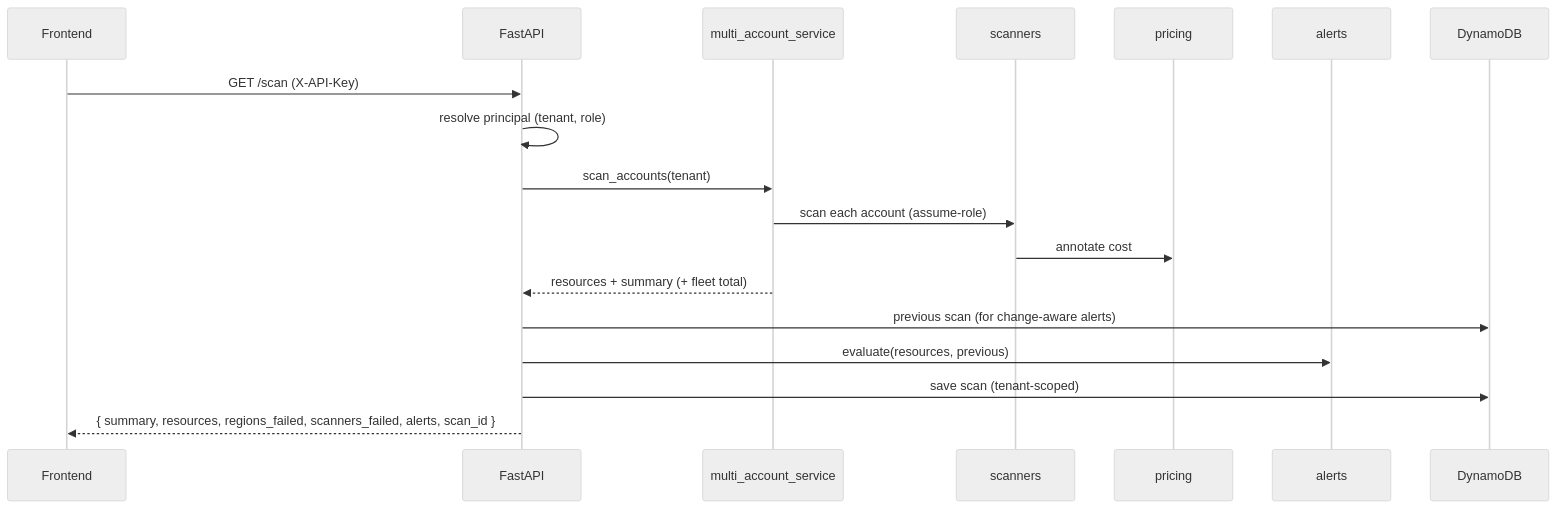
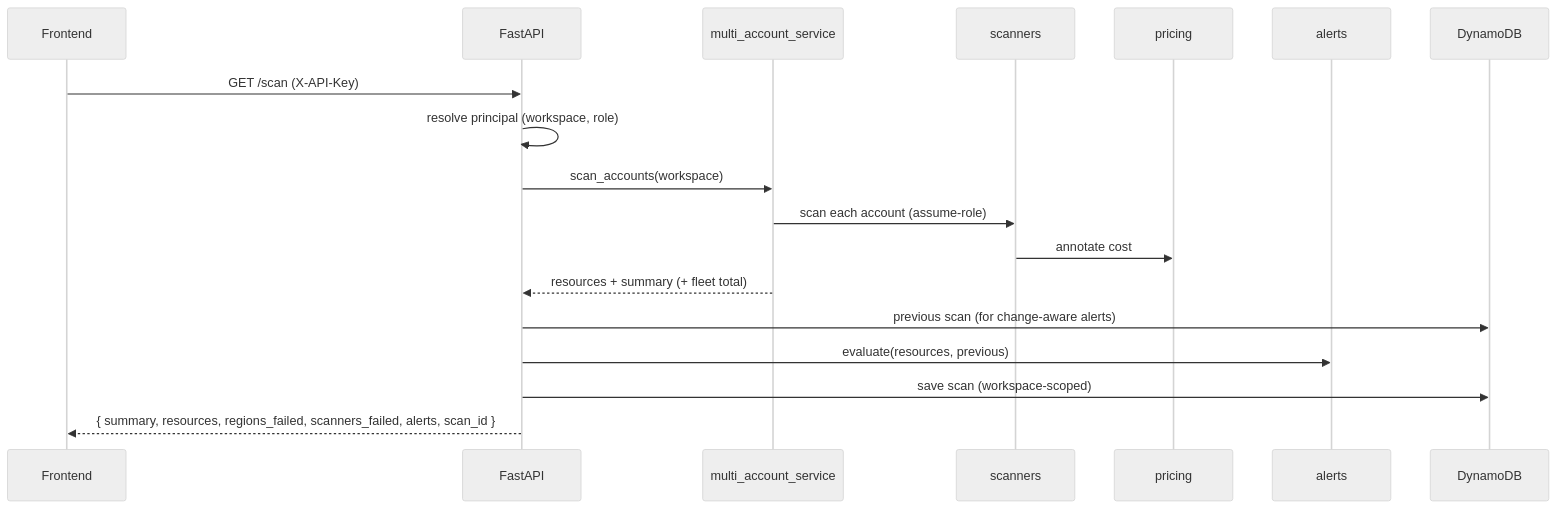
Before and after one commit to jaredf96/shut-it-down-aws: the third of 3 diagrams in docs/ARCHITECTURE.md, drawn with Mermaid (neutral theme). The commit also changed other lines of this file and 32 other files, not shown here.

````diff
--- a/docs/ARCHITECTURE.md
+++ b/docs/ARCHITECTURE.md
@@ -227,21 +232,21 @@
 ```mermaid
 sequenceDiagram
     participant FE as Frontend
     participant API as FastAPI
     participant MA as multi_account_service
     participant SC as scanners
     participant PR as pricing
     participant AL as alerts
     participant DB as DynamoDB
 
     FE->>API: GET /scan (X-API-Key)
-    API->>API: resolve principal (tenant, role)
-    API->>MA: scan_accounts(tenant)
+    API->>API: resolve principal (workspace, role)
+    API->>MA: scan_accounts(workspace)
     MA->>SC: scan each account (assume-role)
     SC->>PR: annotate cost
     MA-->>API: resources + summary (+ fleet total)
     API->>DB: previous scan (for change-aware alerts)
     API->>AL: evaluate(resources, previous)
-    API->>DB: save scan (tenant-scoped)
+    API->>DB: save scan (workspace-scoped)
     API-->>FE: { summary, resources, regions_failed, scanners_failed, alerts, scan_id }
 ```
````
